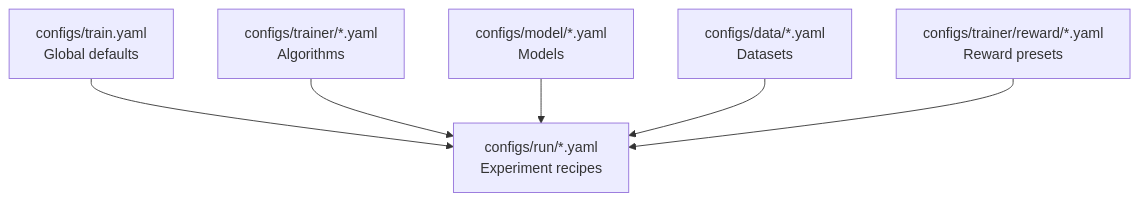
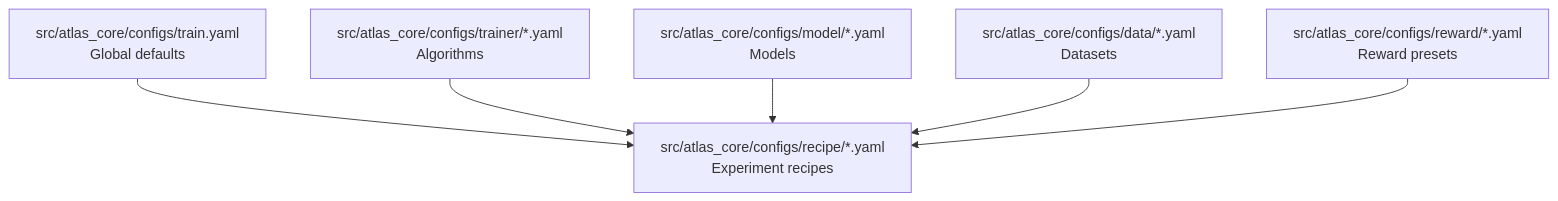
The diagram in docs/training/configuration.mdx (Arc-Computer/ATLAS), drawn with Mermaid before and after one commit. The commit also changed other lines of this file and 202 other files, not shown here.

Commit message:
refactor: atlas_core packaging, layout, and docker workflow

````diff
--- a/docs/training/configuration.mdx
+++ b/docs/training/configuration.mdx
@@ -28,8 +28,8 @@
 ```mermaid
 graph TD
-    A[configs/train.yaml<br/>Global defaults] --> B[configs/run/*.yaml<br/>Experiment recipes]
-    C[configs/trainer/*.yaml<br/>Algorithms] --> B
-    D[configs/model/*.yaml<br/>Models] --> B
-    E[configs/data/*.yaml<br/>Datasets] --> B
-    F[configs/trainer/reward/*.yaml<br/>Reward presets] --> B
+    A[src/atlas_core/configs/train.yaml<br/>Global defaults] --> B[src/atlas_core/configs/recipe/*.yaml<br/>Experiment recipes]
+    C[src/atlas_core/configs/trainer/*.yaml<br/>Algorithms] --> B
+    D[src/atlas_core/configs/model/*.yaml<br/>Models] --> B
+    E[src/atlas_core/configs/data/*.yaml<br/>Datasets] --> B
+    F[src/atlas_core/configs/reward/*.yaml<br/>Reward presets] --> B
 ```
````
